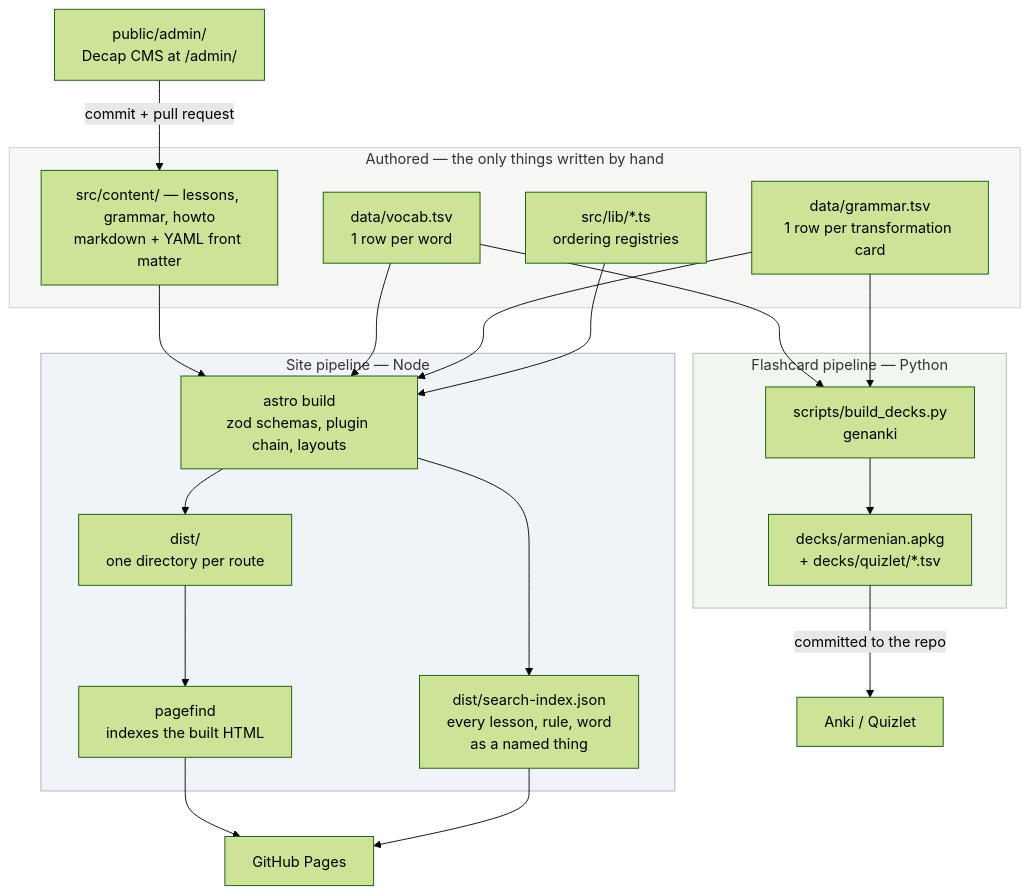
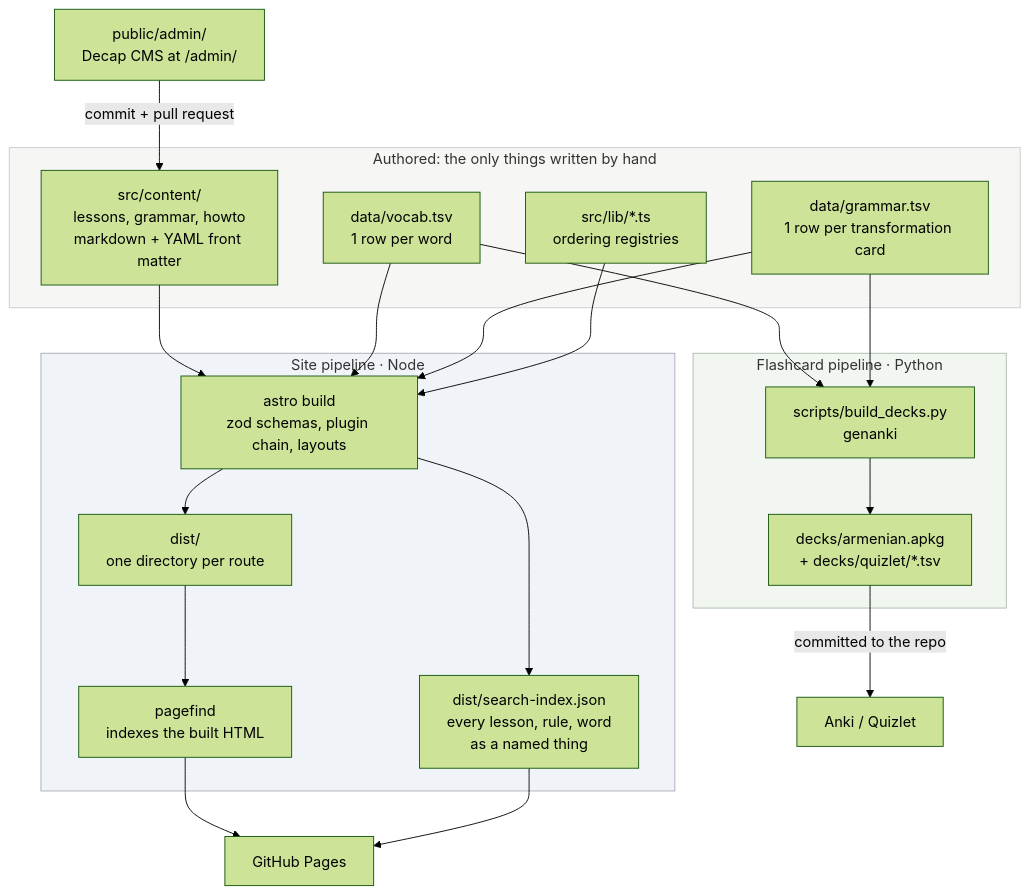
The first of 4 diagrams in ARCHITECTURE.md (ivan-stetsiuk/armenian-knowledgebase), drawn with Mermaid (forest theme) before and after one commit. The commit also changed other lines of this file and 25 other files, not shown here.

````diff
--- a/ARCHITECTURE.md
+++ b/ARCHITECTURE.md
@@ -11,40 +11,40 @@
 ```mermaid
 flowchart TD
-    subgraph authored["Authored — the only things written by hand"]
-        md["src/content/ — lessons, grammar, howto<br/>markdown + YAML front matter"]
+    subgraph authored["Authored: the only things written by hand"]
+        md["src/content/<br/>lessons, grammar, howto<br/>markdown + YAML front matter"]
         vocabTsv["data/vocab.tsv<br/>1 row per word"]
         grammarTsv["data/grammar.tsv<br/>1 row per transformation card"]
         registries["src/lib/*.ts<br/>ordering registries"]
     end
 
     cms["public/admin/<br/>Decap CMS at /admin/"]
     cms -->|"commit + pull request"| md
 
-    subgraph site["Site pipeline — Node"]
+    subgraph site["Site pipeline · Node"]
         astro["astro build<br/>zod schemas, plugin chain, layouts"]
         pagefind["pagefind<br/>indexes the built HTML"]
         searchidx["dist/search-index.json<br/>every lesson, rule, word<br/>as a named thing"]
         dist["dist/<br/>one directory per route"]
     end
 
-    subgraph decks["Flashcard pipeline — Python"]
+    subgraph decks["Flashcard pipeline · Python"]
         builddecks["scripts/build_decks.py<br/>genanki"]
         apkg["decks/armenian.apkg<br/>+ decks/quizlet/*.tsv"]
     end
 
     md --> astro
     vocabTsv --> astro
     grammarTsv --> astro
     registries --> astro
     astro --> dist --> pagefind --> pages["GitHub Pages"]
     astro --> searchidx --> pages
 
     vocabTsv --> builddecks
     grammarTsv --> builddecks
     builddecks --> apkg
     apkg -->|"committed to the repo"| anki["Anki / Quizlet"]
 
     style authored fill:#f6f6f4,stroke:#ccc
     style site fill:#f0f4f8,stroke:#aab
     style decks fill:#f2f6f0,stroke:#aba
 ```
````
